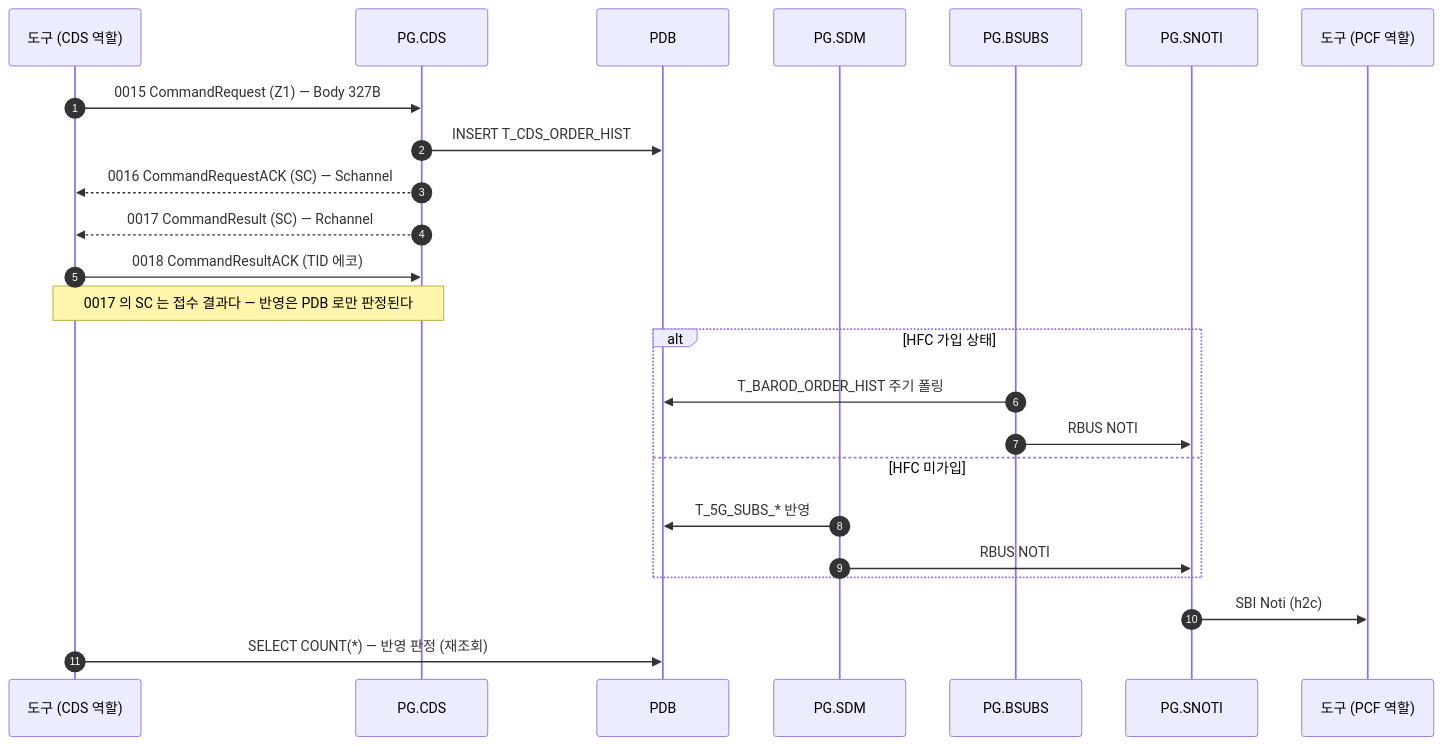
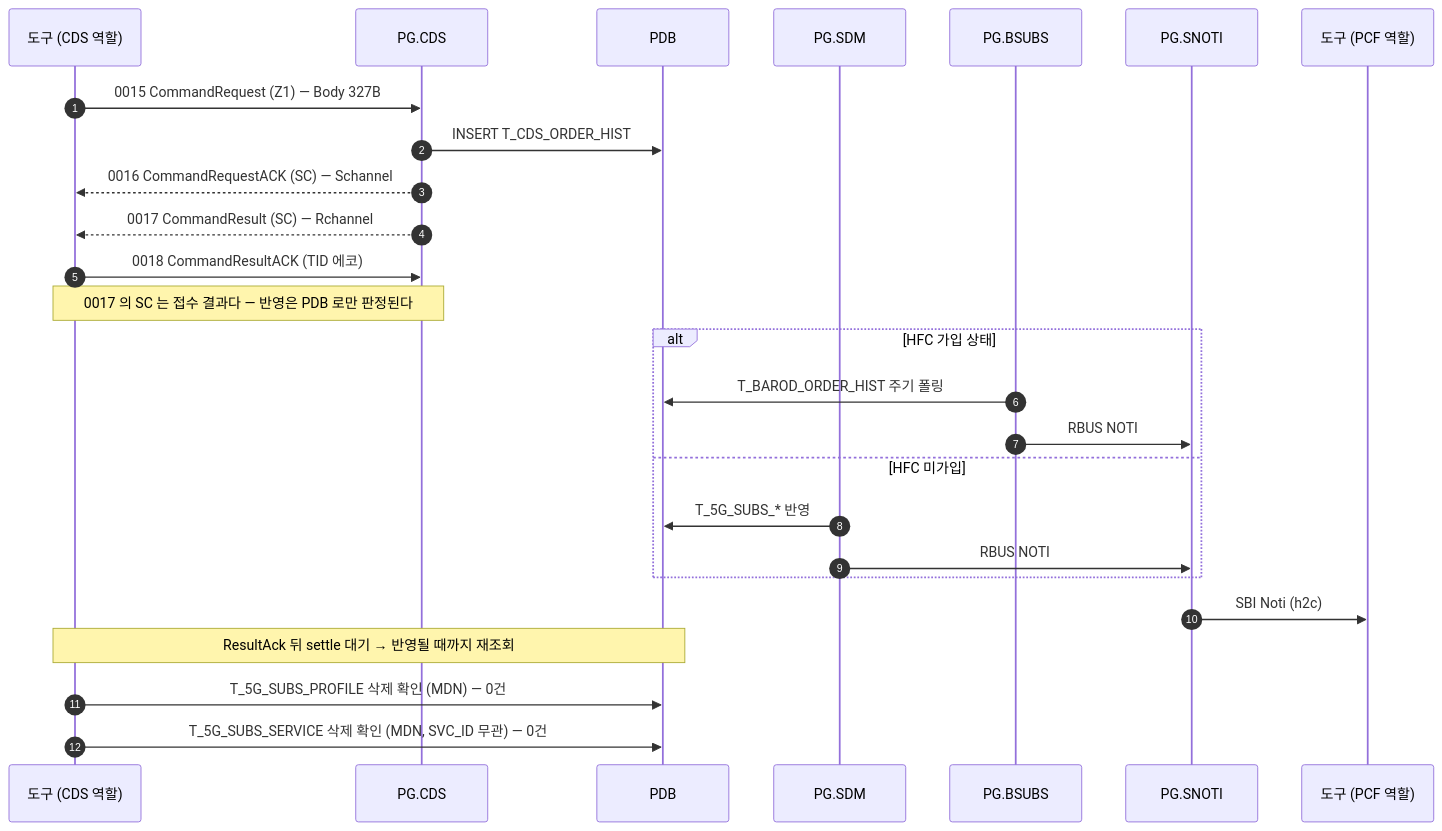
Before and after one commit to IanKim2030/tc4robot: the diagram in docs/callflow/CDS_Z1.md, drawn with Mermaid. The commit also changed 18 other files, not shown here.

First line of the commit message:
docs: 콜플로우의 PDB 판정을 코드별 실제 조회로 바꾼다

````diff
--- a/docs/callflow/CDS_Z1.md
+++ b/docs/callflow/CDS_Z1.md
@@ -17,28 +17,30 @@
 ```mermaid
 sequenceDiagram
     autonumber
     participant TOOL as 도구 (CDS 역할)
     participant PCDS as PG.CDS
     participant PDB as PDB
     participant SDM as PG.SDM
     participant BSUBS as PG.BSUBS
     participant SNOTI as PG.SNOTI
     participant PCF as 도구 (PCF 역할)
 
     TOOL->>PCDS: 0015 CommandRequest (Z1) — Body 327B
     PCDS->>PDB: INSERT T_CDS_ORDER_HIST
     PCDS-->>TOOL: 0016 CommandRequestACK (SC) — Schannel
     PCDS-->>TOOL: 0017 CommandResult (SC) — Rchannel
     TOOL->>PCDS: 0018 CommandResultACK (TID 에코)
     Note over TOOL,PCDS: 0017 의 SC 는 접수 결과다 — 반영은 PDB 로만 판정된다
 
     alt HFC 가입 상태
         BSUBS->>PDB: T_BAROD_ORDER_HIST 주기 폴링
         BSUBS->>SNOTI: RBUS NOTI
     else HFC 미가입
         SDM->>PDB: T_5G_SUBS_* 반영
         SDM->>SNOTI: RBUS NOTI
     end
     SNOTI->>PCF: SBI Noti (h2c)
-    TOOL->>PDB: SELECT COUNT(*) — 반영 판정 (재조회)
+    Note over TOOL,PDB: ResultAck 뒤 settle 대기 → 반영될 때까지 재조회
+    TOOL->>PDB: T_5G_SUBS_PROFILE 삭제 확인 (MDN) — 0건
+    TOOL->>PDB: T_5G_SUBS_SERVICE 삭제 확인 (MDN, SVC_ID 무관) — 0건
 ```
````
